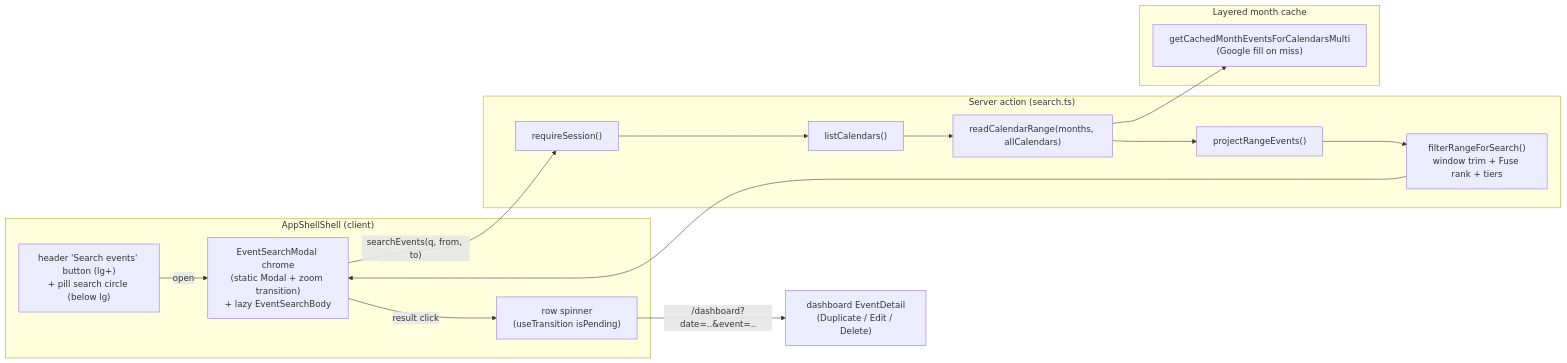
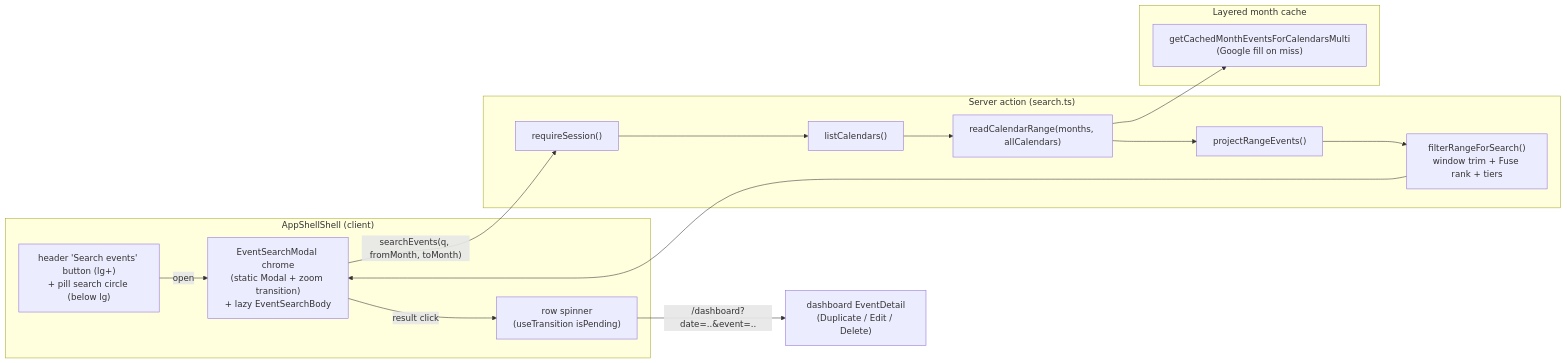
Before and after one commit to oncloudnintynineone-source/cloudy2: the diagram in docs/event-search.md, drawn with Mermaid. The commit also changed other lines of this file and 25 other files, not shown here.

First line of the commit message:
Streamline report chrome, month-based event search, KAH copy; add page headings

````diff
--- a/docs/event-search.md
+++ b/docs/event-search.md
@@ -68,23 +70,23 @@
 ```mermaid
 flowchart LR
  subgraph SHELL["AppShellShell (client)"]
  B["header 'Search events' button (lg+)<br/>+ pill search circle (below lg)"]
   M["EventSearchModal chrome<br/>(static Modal + zoom transition)<br/>+ lazy EventSearchBody"]
  SPIN["row spinner<br/>(useTransition isPending)"]
  end
  subgraph ACTION["Server action (search.ts)"]
  R["requireSession()"]
  C["listCalendars()"]
  RC["readCalendarRange(months, allCalendars)"]
  PJ["projectRangeEvents()"]
  FF["filterRangeForSearch()<br/>window trim + Fuse rank + tiers"]
  end
  subgraph CACHE["Layered month cache"]
  MC["getCachedMonthEventsForCalendarsMulti<br/>(Google fill on miss)"]
  end
  B -->|open| M
- M -->|"searchEvents(q, from, to)"| R --> C --> RC --> MC
+ M -->|"searchEvents(q, fromMonth, toMonth)"| R --> C --> RC --> MC
  RC --> PJ --> FF --> M
  M -->|result click| SPIN
  SPIN -->|"/dashboard?date=..&event=.."| DEEP["dashboard EventDetail<br/>(Duplicate / Edit / Delete)"]
 ```
````
